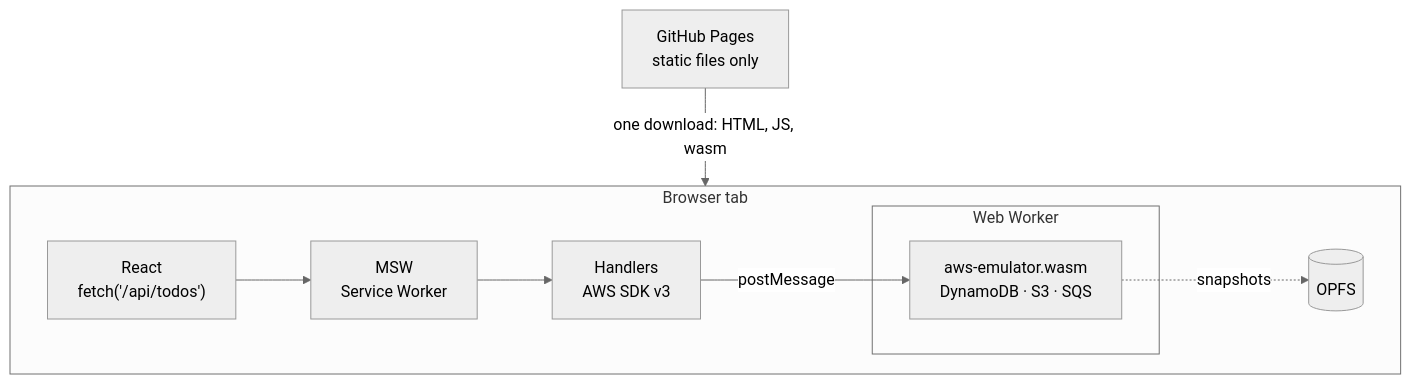
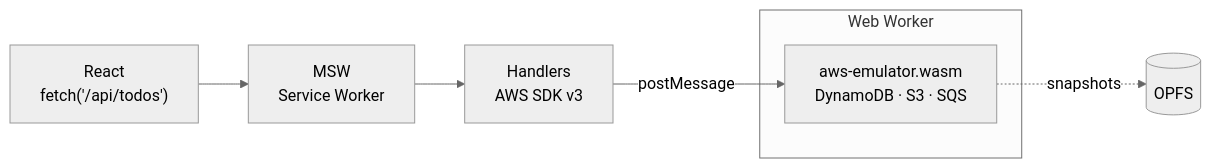
Before and after one commit to daisuke-awaji/aws-emulator-wasm: the diagram in README.md, drawn with Mermaid (neutral theme). The commit also changed other lines of this file, not shown here.

Commit message:
README: simpler architecture flow

````diff
--- a/README.md
+++ b/README.md
@@ -102,14 +102,10 @@
 ```mermaid
-flowchart TB
-  P["GitHub Pages<br/>static files only"] -- "one download: HTML, JS, wasm" --> tab
-  subgraph tab["Browser tab"]
-    direction LR
-    UI["React<br/>fetch('/api/todos')"] --> SW["MSW<br/>Service Worker"]
-    SW --> H["Handlers<br/>AWS SDK v3"]
-    H -- "postMessage" --> E
-    subgraph W["Web Worker"]
-      E["aws-emulator.wasm<br/>DynamoDB · S3 · SQS"]
-    end
-    E -. "snapshots" .-> O[("OPFS")]
+flowchart LR
+  UI["React<br/>fetch('/api/todos')"] --> SW["MSW<br/>Service Worker"]
+  SW --> H["Handlers<br/>AWS SDK v3"]
+  H -- "postMessage" --> E
+  subgraph W["Web Worker"]
+    E["aws-emulator.wasm<br/>DynamoDB · S3 · SQS"]
   end
+  E -. "snapshots" .-> O[("OPFS")]
 ```
````
